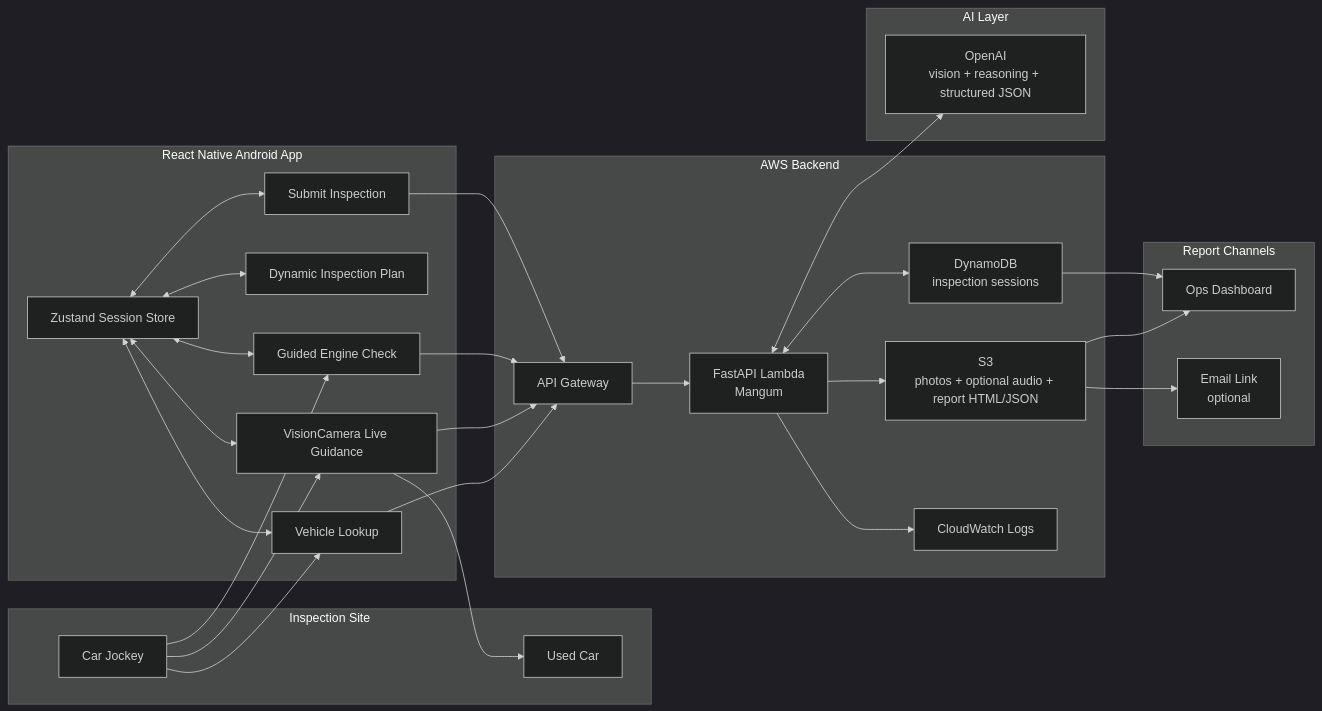
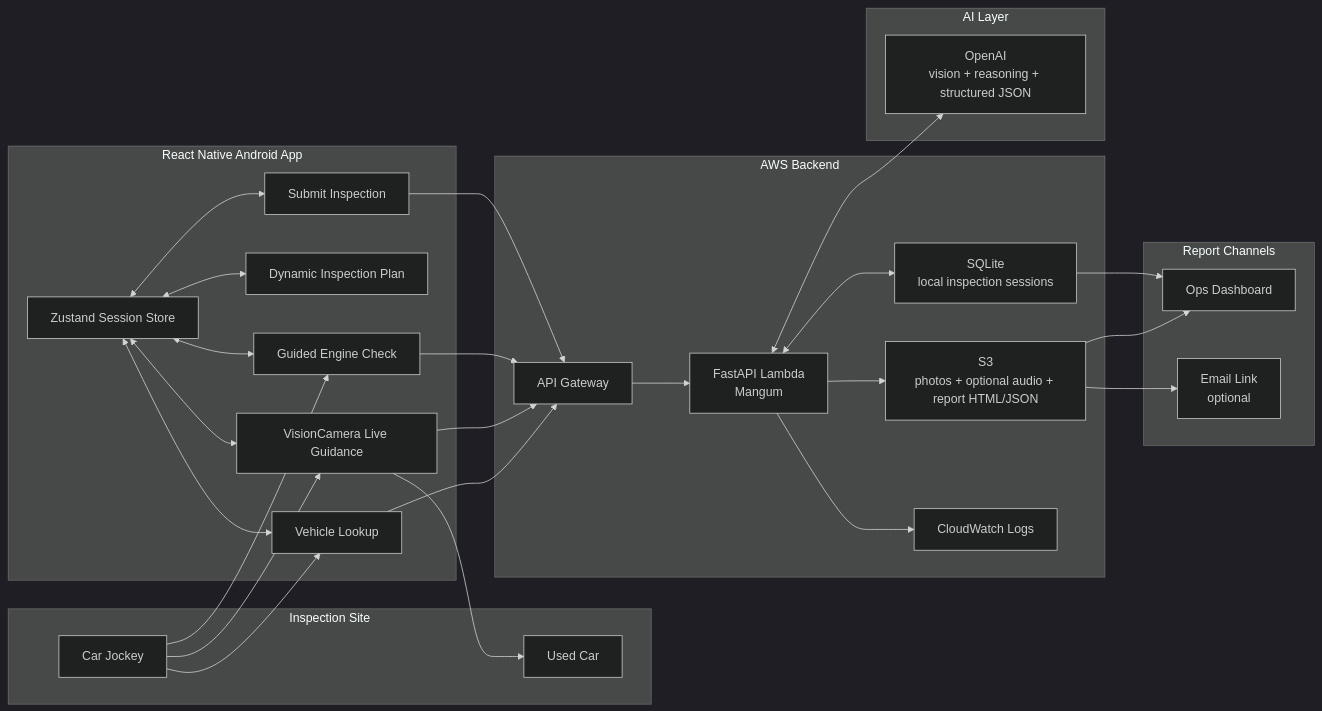
The first of 20 diagrams in ARCHITECTURE.md (adityabhattad2021/Inspection-Copilot), drawn with Mermaid (dark theme) before and after one commit. The commit also changed other lines of this file and 29 other files, not shown here.

````diff
--- a/ARCHITECTURE.md
+++ b/ARCHITECTURE.md
@@ -18,55 +18,55 @@
 ```mermaid
 flowchart LR
   subgraph User["Inspection Site"]
     J["Car Jockey"]
     C["Used Car"]
   end
 
   subgraph App["React Native Android App"]
     Lookup["Vehicle Lookup"]
     Plan["Dynamic Inspection Plan"]
     Camera["VisionCamera Live Guidance"]
     Engine["Guided Engine Check"]
     Submit["Submit Inspection"]
     Store["Zustand Session Store"]
   end
 
   subgraph AWS["AWS Backend"]
     API["API Gateway"]
     Lambda["FastAPI Lambda<br/>Mangum"]
-    DDB["DynamoDB<br/>inspection sessions"]
+    DDB["SQLite<br/>local inspection sessions"]
     S3["S3<br/>photos + optional audio + report HTML/JSON"]
     Logs["CloudWatch Logs"]
   end
 
   subgraph AI["AI Layer"]
     OpenAI["OpenAI<br/>vision + reasoning + structured JSON"]
   end
 
   subgraph Reports["Report Channels"]
     Dashboard["Ops Dashboard"]
     Email["Email Link<br/>optional"]
   end
 
   J --> Lookup
   J --> Camera
   J --> Engine
   Camera --> C
   Lookup --> API
   Camera --> API
   Engine --> API
   Submit --> API
   API --> Lambda
   Lambda <--> DDB
   Lambda --> S3
   Lambda <--> OpenAI
   Lambda --> Logs
   S3 --> Dashboard
   S3 --> Email
   DDB --> Dashboard
   Store <--> Lookup
   Store <--> Plan
   Store <--> Camera
   Store <--> Engine
   Store <--> Submit
 ```
````
